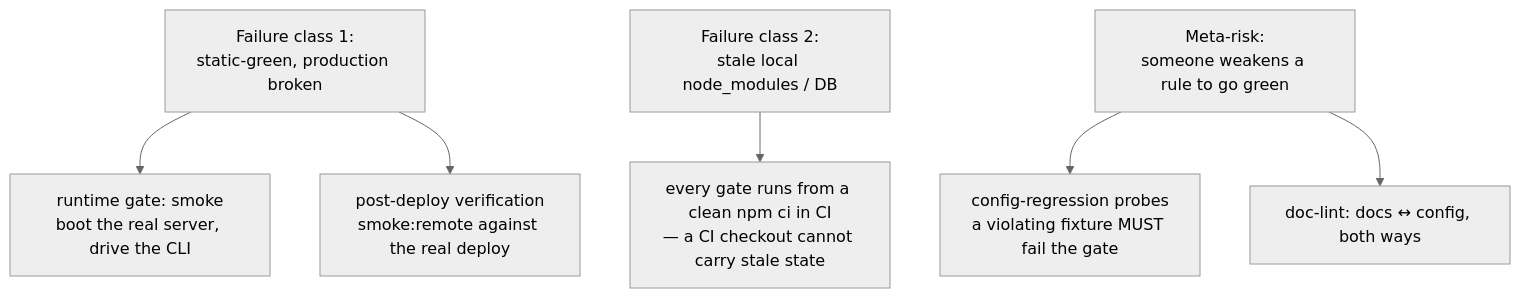
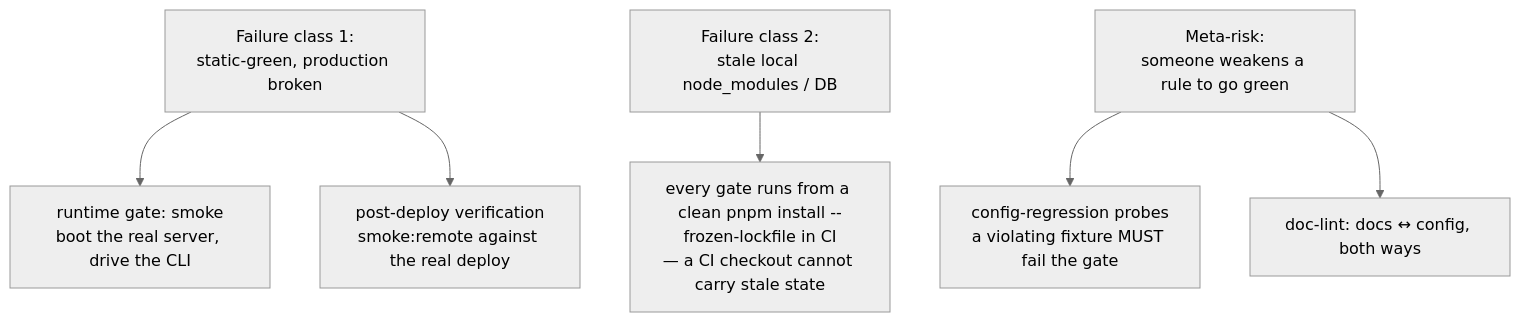
Before and after one commit to chomamateusz/agentproofarch: the diagram in website/docs/decisions/0004-no-exceptions-enforcement.md, drawn with Mermaid (neutral theme). The commit also changed other lines of this file and 74 other files, not shown here.

First line of the commit message:
Toolchain: migrate npm -> pnpm (supply-chain hardening)

````diff
--- a/website/docs/decisions/0004-no-exceptions-enforcement.md
+++ b/website/docs/decisions/0004-no-exceptions-enforcement.md
@@ -25,8 +25,8 @@
 ```mermaid
 flowchart TD
     f1["Failure class 1:<br/>static-green, production broken"] --> smoke["runtime gate: smoke<br/>boot the real server, drive the CLI"]
     f1 --> pds["post-deploy verification<br/>smoke:remote against the real deploy"]
-    f2["Failure class 2:<br/>stale local node_modules / DB"] --> clean["every gate runs from a clean npm ci in CI<br/>— a CI checkout cannot carry stale state"]
+    f2["Failure class 2:<br/>stale local node_modules / DB"] --> clean["every gate runs from a clean pnpm install --frozen-lockfile in CI<br/>— a CI checkout cannot carry stale state"]
     f3["Meta-risk:<br/>someone weakens a rule to go green"] --> probes["config-regression probes<br/>a violating fixture MUST fail the gate"]
     f3 --> doclint["doc-lint: docs ↔ config, both ways"]
 ```
````
